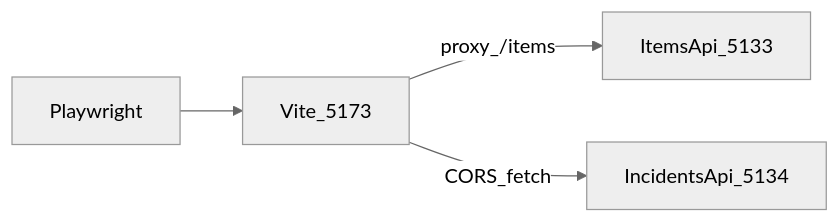
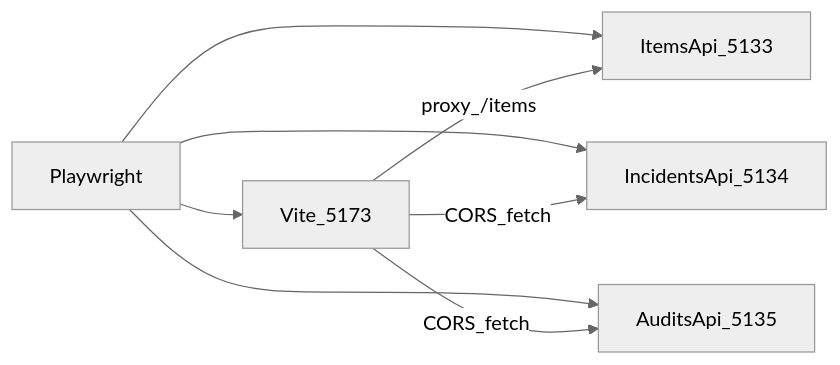
One commit to Collins1892/radar-practice changed the diagram in .claude/skills/playwright-test-writer/SKILL.md. Above: the diagram before and after it, drawn with Mermaid (neutral theme). The commit also changed other lines of this file and 7 other files, not shown here.

First line of the commit message:
Sync agent skills and /review command with AuditsApi stack (#119)

````diff
--- a/.claude/skills/playwright-test-writer/SKILL.md
+++ b/.claude/skills/playwright-test-writer/SKILL.md
@@ -78,10 +83,15 @@
 ```mermaid
 flowchart LR
   pw[Playwright]
   vite[Vite_5173]
   itemsApi[ItemsApi_5133]
   incApi[IncidentsApi_5134]
+  audApi[AuditsApi_5135]
+  pw --> itemsApi
+  pw --> incApi
+  pw --> audApi
   pw --> vite
   vite -->|proxy_/items| itemsApi
   vite -->|CORS_fetch| incApi
+  vite -->|CORS_fetch| audApi
 ```
````
